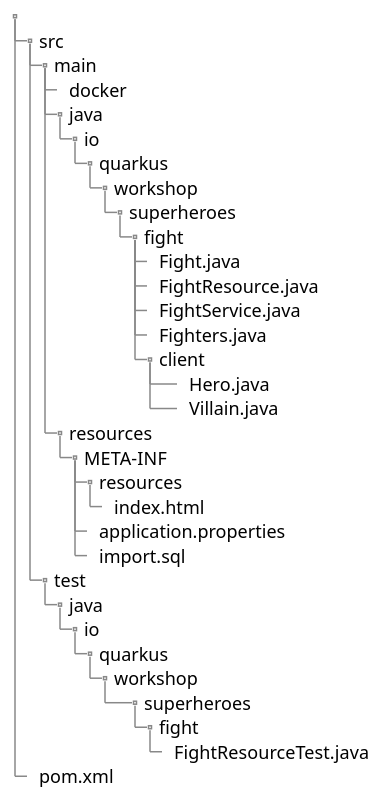
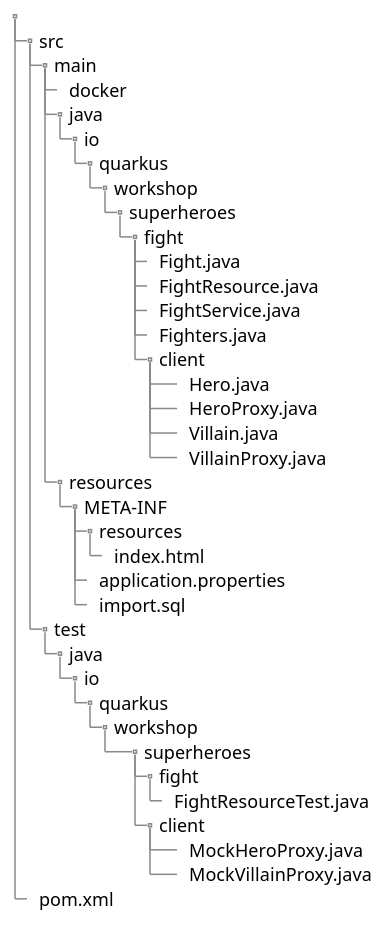
Before and after one commit to quarkusio/quarkus-workshops: the diagram in quarkus-workshop-super-heroes/docs/src/main/asciidoc/5-rest-client/rest-clients.adoc, drawn with PlantUML. The commit also changed other lines of this file and 6 other files, not shown here.

```diff
--- a/quarkus-workshop-super-heroes/docs/src/main/asciidoc/5-rest-client/rest-clients.adoc
+++ b/quarkus-workshop-super-heroes/docs/src/main/asciidoc/5-rest-client/rest-clients.adoc
@@ -10,42 +10,47 @@
 [plantuml]
 ----
 @startsalt
 {
 {
 T
 .
 + src
 ++ main
 +++ docker
 +++ java
 ++++ io
 +++++ quarkus
 ++++++ workshop
 +++++++ superheroes
 ++++++++ fight
 +++++++++ Fight.java
 +++++++++ FightResource.java
 +++++++++ FightService.java
 +++++++++ Fighters.java
 +++++++++ client
 +++++++++++ Hero.java
++++++++++++ HeroProxy.java
 +++++++++++ Villain.java
++++++++++++ VillainProxy.java
 +++ resources
 ++++ META-INF
 +++++ resources
 ++++++ index.html
 +++++ application.properties
 +++++ import.sql
 ++ test
 +++ java
 ++++ io
 +++++ quarkus
 ++++++ workshop
 ++++++++ superheroes
 +++++++++ fight
 ++++++++++ FightResourceTest.java
++++++++++ client
++++++++++++ MockHeroProxy.java
++++++++++++ MockVillainProxy.java
 + pom.xml
 }
 }
 @endsalt
 ----
```
